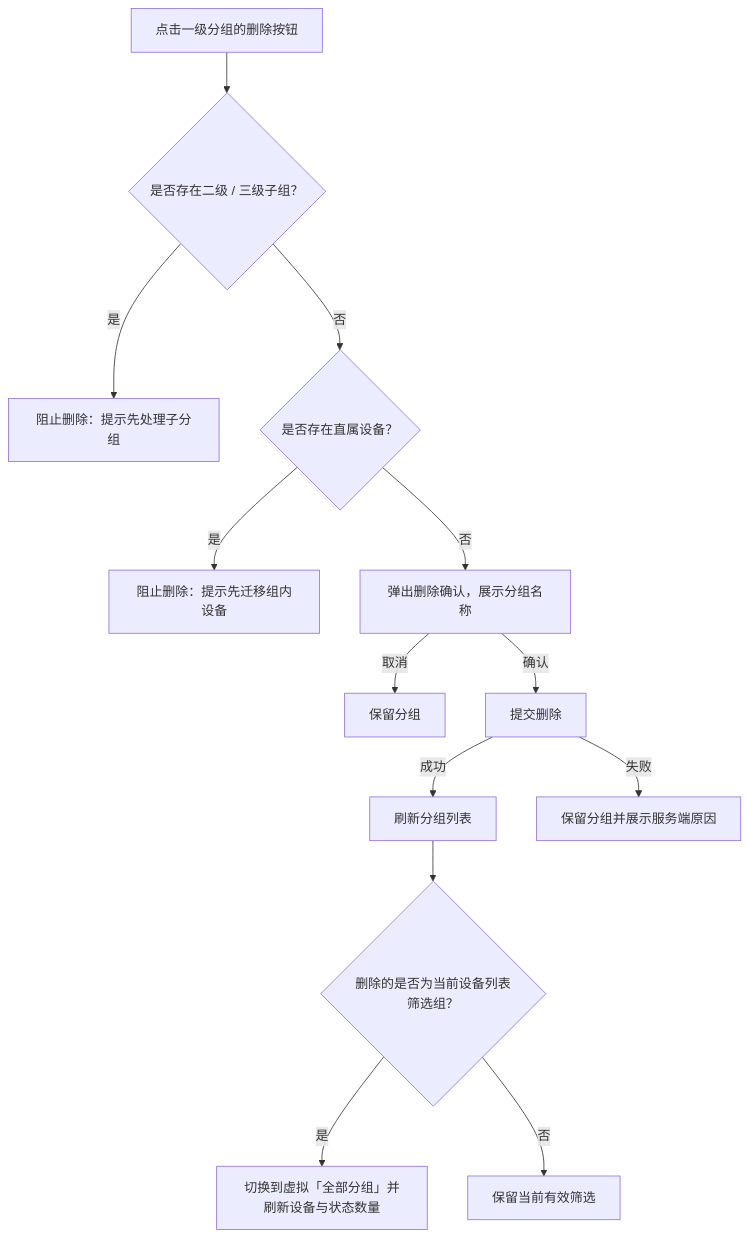
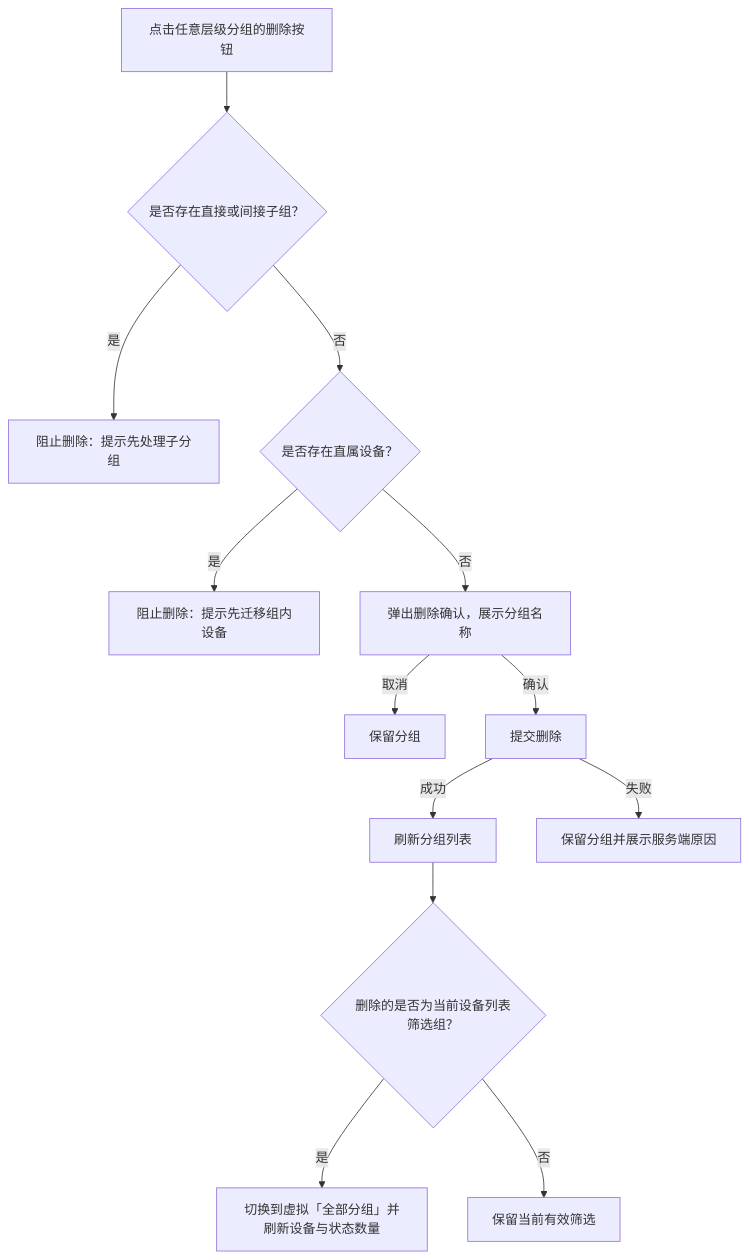
The ninth of 15 diagrams in docs/manuals/革泰/逻辑大纲/革泰 APP 设备管理逻辑点梳理 plan.md (CuMgNa/skills), drawn with Mermaid before and after one commit. The commit also changed other lines of this file and 75 other files, not shown here.

````diff
--- a/docs/manuals/革泰/逻辑大纲/革泰 APP 设备管理逻辑点梳理 plan.md
+++ b/docs/manuals/革泰/逻辑大纲/革泰 APP 设备管理逻辑点梳理 plan.md
@@ -510,15 +709,15 @@
 ```mermaid
 flowchart TD
-    A["点击一级分组的删除按钮"] --> B{"是否存在二级 / 三级子组？"}
+    A["点击任意层级分组的删除按钮"] --> B{"是否存在直接或间接子组？"}
     B -->|"是"| B1["阻止删除：提示先处理子分组"]
     B -->|"否"| C{"是否存在直属设备？"}
     C -->|"是"| C1["阻止删除：提示先迁移组内设备"]
     C -->|"否"| D["弹出删除确认，展示分组名称"]
     D -->|"取消"| E["保留分组"]
     D -->|"确认"| F["提交删除"]
     F -->|"成功"| G["刷新分组列表"]
     F -->|"失败"| H["保留分组并展示服务端原因"]
     G --> I{"删除的是否为当前设备列表筛选组？"}
     I -->|"是"| J["切换到虚拟「全部分组」并刷新设备与状态数量"]
     I -->|"否"| K["保留当前有效筛选"]
 ```
````
